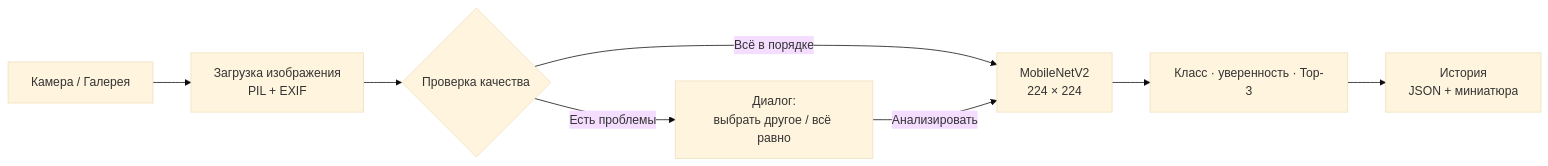
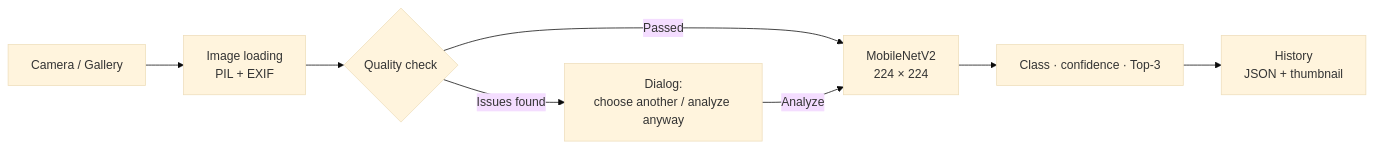
One commit to RebellionHQ/PlantDiseasesDetection changed the diagram in README.md. Above: the diagram before and after it, drawn with Mermaid (base theme). The commit also changed other lines of this file and 1 other file, not shown here.

````diff
--- a/README.md
+++ b/README.md
@@ -39,10 +41,10 @@
 ```mermaid
 flowchart LR
-    A["Камера / Галерея"] --> B["Загрузка изображения<br/>PIL + EXIF"]
-    B --> C{"Проверка качества"}
-    C -- "Всё в порядке" --> D["MobileNetV2<br/>224 × 224"]
-    C -- "Есть проблемы" --> E["Диалог:<br/>выбрать другое / всё равно"]
-    E -- "Анализировать" --> D
-    D --> F["Класс · уверенность · Top-3"]
-    F --> G["История<br/>JSON + миниатюра"]
+    A["Camera / Gallery"] --> B["Image loading<br/>PIL + EXIF"]
+    B --> C{"Quality check"}
+    C -->|Passed| D["MobileNetV2<br/>224 × 224"]
+    C -->|Issues found| E["Dialog:<br/>choose another / analyze anyway"]
+    E -->|Analyze| D
+    D --> F["Class · confidence · Top-3"]
+    F --> G["History<br/>JSON + thumbnail"]
 ```
````
